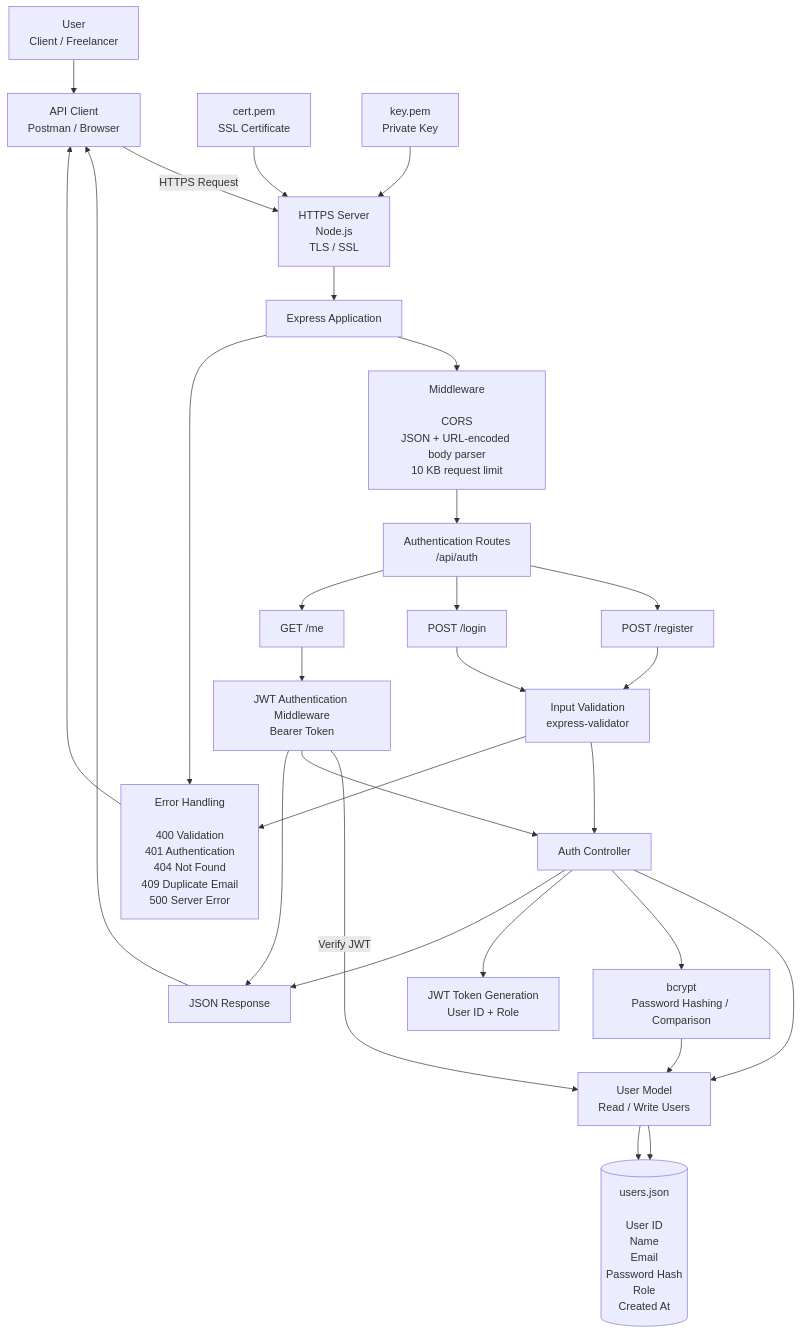
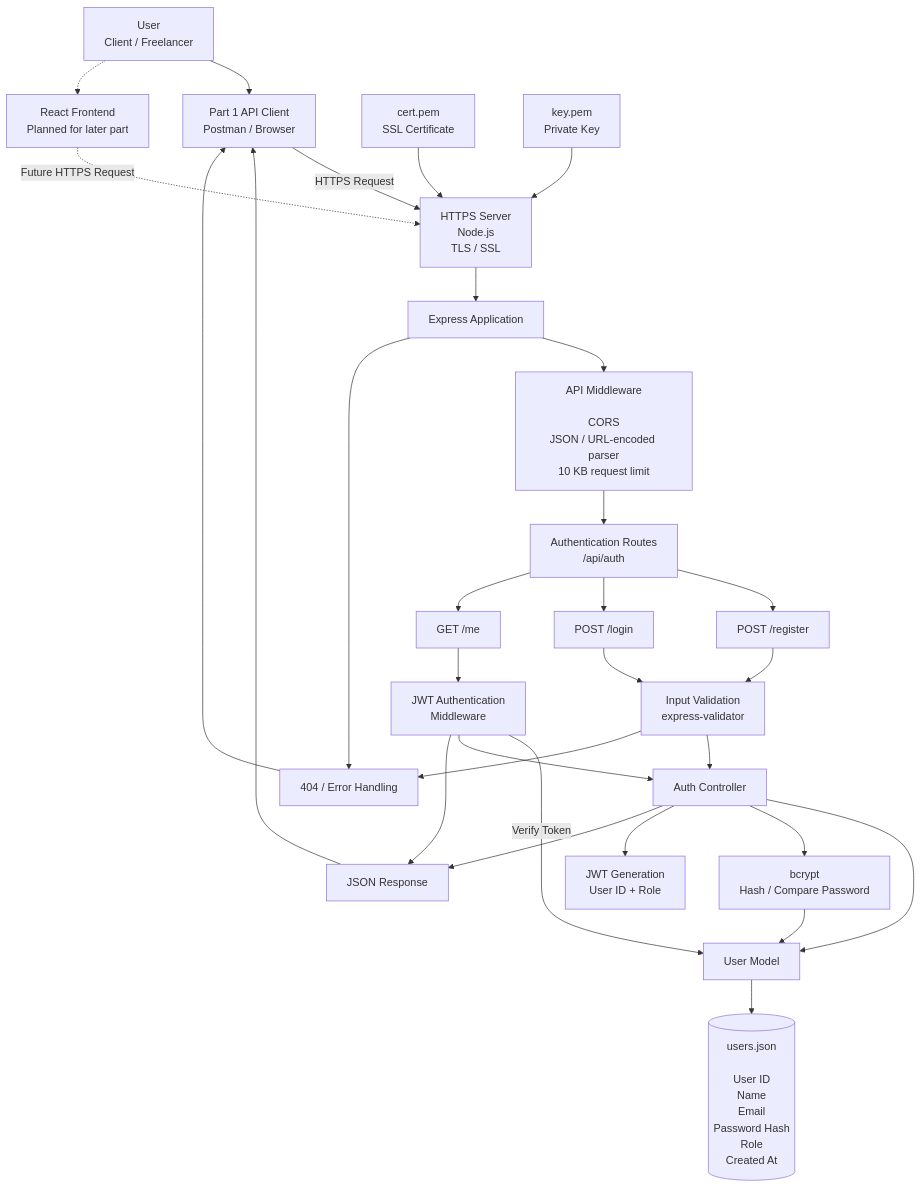
The diagram in README.md (MaphuthaNoganaNkgopjaneTechTitan/HustleHub_Plus_Project-Js-), drawn with Mermaid before and after one commit. The commit also changed other lines of this file, not shown here.

```diff
--- a/README.md
+++ b/README.md
@@ -54,7 +447,9 @@
 
     USER["User<br/>Client / Freelancer"]
 
-    CLIENT["API Client<br/>Postman / Browser"]
+    CLIENT["Part 1 API Client<br/>Postman / Browser"]
+
+    REACT["React Frontend<br/>Planned for later part"]
 
     HTTPS["HTTPS Server<br/>Node.js<br/>TLS / SSL"]
 
@@ -63,7 +458,7 @@
 
     EXPRESS["Express Application"]
 
-    MIDDLEWARE["Middleware<br/><br/>CORS<br/>JSON + URL-encoded body parser<br/>10 KB request limit"]
+    MIDDLEWARE["API Middleware<br/><br/>CORS<br/>JSON / URL-encoded parser<br/>10 KB request limit"]
 
     ROUTES["Authentication Routes<br/>/api/auth"]
 
@@ -75,22 +470,25 @@
     LOGIN["POST /login"]
     ME["GET /me"]
 
-    BCRYPT["bcrypt<br/>Password Hashing / Comparison"]
+    JWTMW["JWT Authentication<br/>Middleware"]
 
-    JWTGEN["JWT Token Generation<br/>User ID + Role"]
+    BCRYPT["bcrypt<br/>Hash / Compare Password"]
 
-    JWTMW["JWT Authentication Middleware<br/>Bearer Token"]
+    JWT["JWT Generation<br/>User ID + Role"]
 
-    MODEL["User Model<br/>Read / Write Users"]
+    MODEL["User Model"]
 
-    USERS[("users.json<br/><br/>User ID<br/>Name<br/>Email<br/>Password Hash<br/>Role<br/>Created At")]
+    STORAGE[("users.json<br/><br/>User ID<br/>Name<br/>Email<br/>Password Hash<br/>Role<br/>Created At")]
 
-    ERROR["Error Handling<br/><br/>400 Validation<br/>401 Authentication<br/>404 Not Found<br/>409 Duplicate Email<br/>500 Server Error"]
+    ERROR["404 / Error Handling"]
 
     RESPONSE["JSON Response"]
 
     USER --> CLIENT
+    USER -.-> REACT
+
     CLIENT -->|"HTTPS Request"| HTTPS
+    REACT -.->|"Future HTTPS Request"| HTTPS
 
     CERT --> HTTPS
     KEY --> HTTPS
@@ -108,23 +506,22 @@
     VALIDATE --> CONTROLLER
 
     CONTROLLER --> MODEL
-    MODEL --> USERS
+    MODEL --> STORAGE
 
     CONTROLLER --> BCRYPT
     BCRYPT --> MODEL
 
-    CONTROLLER --> JWTGEN
+    CONTROLLER --> JWT
 
     ME --> JWTMW
-    JWTMW -->|"Verify JWT"| MODEL
-    MODEL --> USERS
+    JWTMW -->|"Verify Token"| MODEL
     JWTMW --> CONTROLLER
 
     CONTROLLER --> RESPONSE
     JWTMW --> RESPONSE
 
+    EXPRESS --> ERROR
     VALIDATE --> ERROR
-    EXPRESS --> ERROR
 
     RESPONSE --> CLIENT
     ERROR --> CLIENT
```
